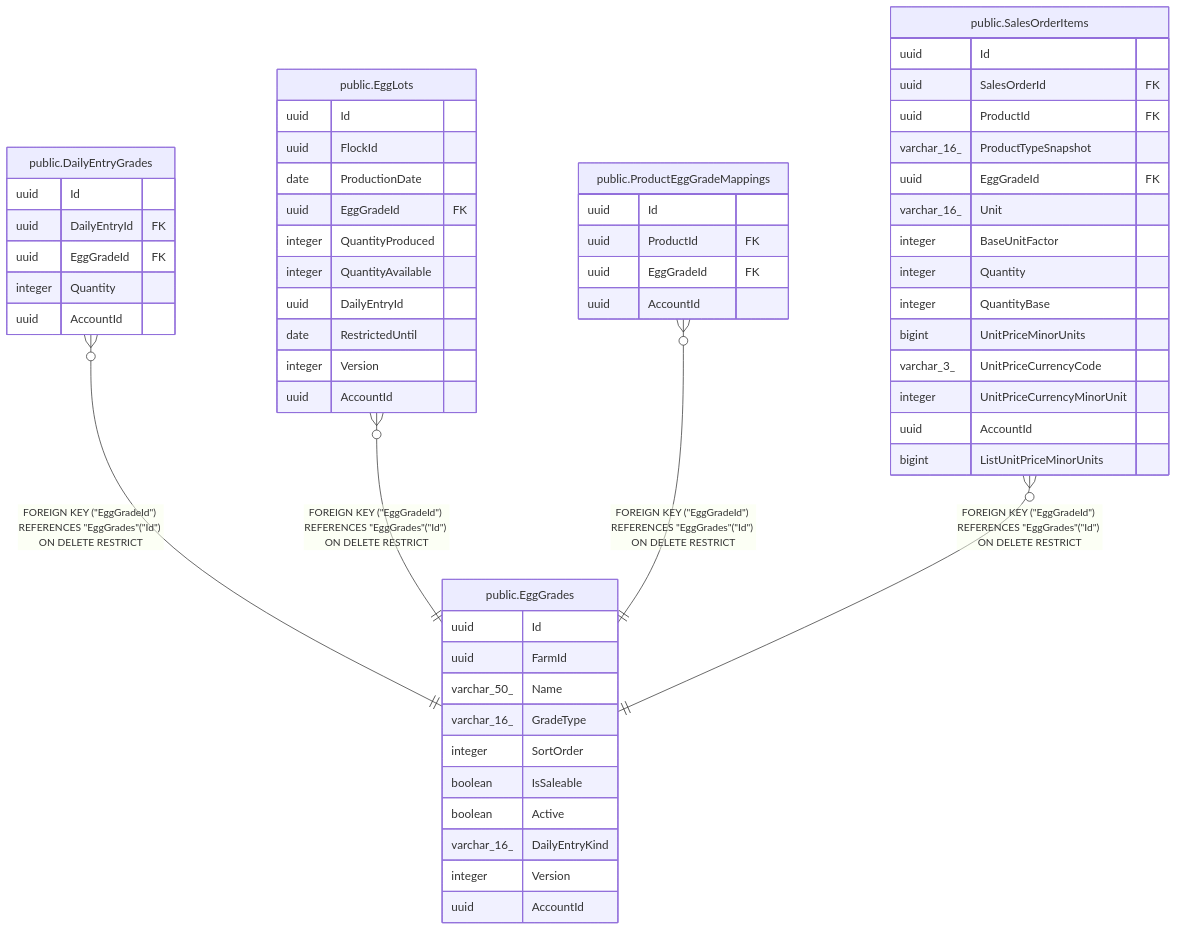
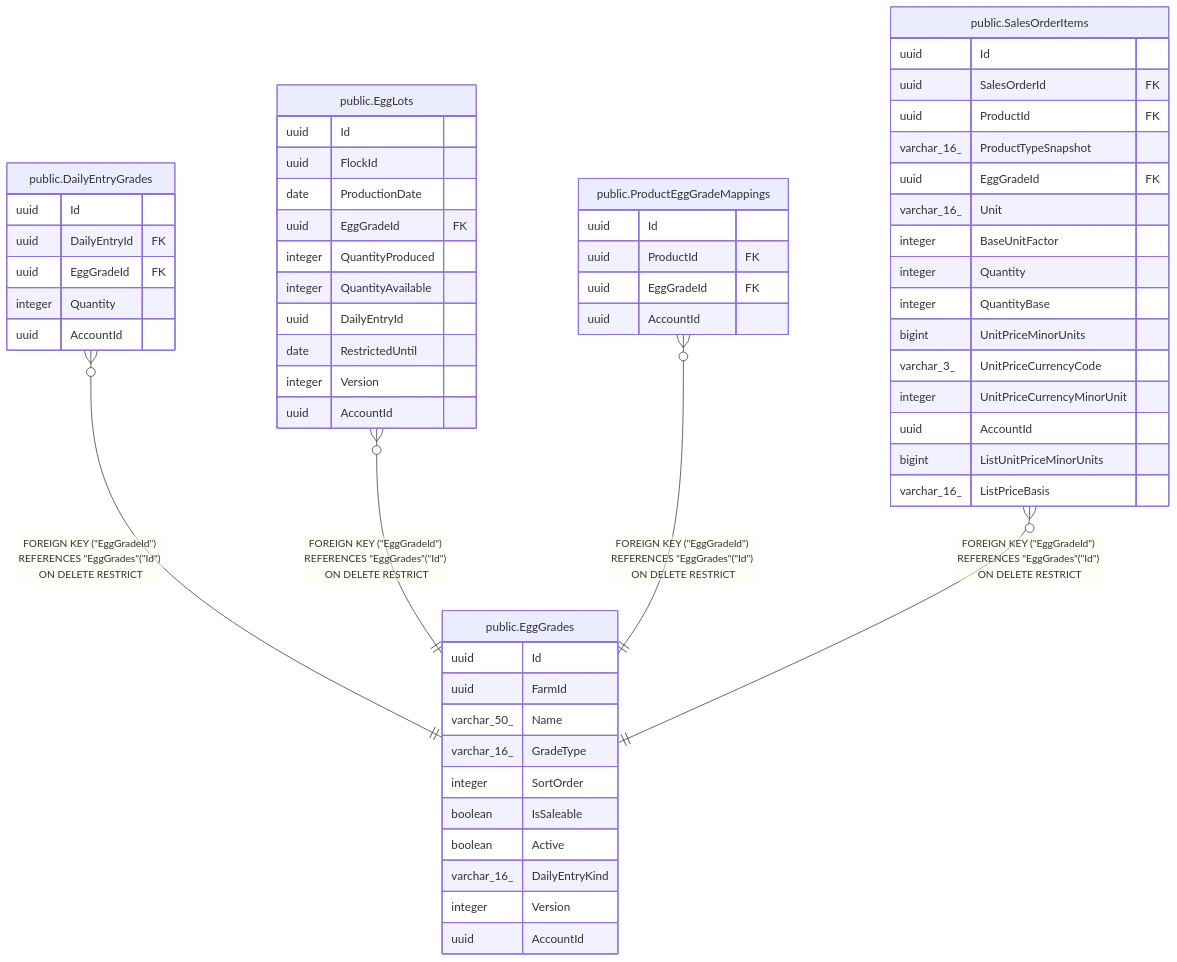
The diagram in docs/schema/public.EggGrades.md (mforce/cluckwork), drawn with Mermaid before and after one commit. The commit also changed 15 other files, not shown here.

Commit message:
feat(sales): record why a line's list price is null (ListPriceBasis)

````diff
--- a/docs/schema/public.EggGrades.md
+++ b/docs/schema/public.EggGrades.md
@@ -51,62 +51,63 @@
 ```mermaid
 erDiagram
 
 "public.DailyEntryGrades" }o--|| "public.EggGrades" : "FOREIGN KEY (#quot;EggGradeId#quot;) REFERENCES #quot;EggGrades#quot;(#quot;Id#quot;) ON DELETE RESTRICT"
 "public.EggLots" }o--|| "public.EggGrades" : "FOREIGN KEY (#quot;EggGradeId#quot;) REFERENCES #quot;EggGrades#quot;(#quot;Id#quot;) ON DELETE RESTRICT"
 "public.ProductEggGradeMappings" }o--|| "public.EggGrades" : "FOREIGN KEY (#quot;EggGradeId#quot;) REFERENCES #quot;EggGrades#quot;(#quot;Id#quot;) ON DELETE RESTRICT"
 "public.SalesOrderItems" }o--|| "public.EggGrades" : "FOREIGN KEY (#quot;EggGradeId#quot;) REFERENCES #quot;EggGrades#quot;(#quot;Id#quot;) ON DELETE RESTRICT"
 
 "public.EggGrades" {
   uuid Id
   uuid FarmId
   varchar_50_ Name
   varchar_16_ GradeType
   integer SortOrder
   boolean IsSaleable
   boolean Active
   varchar_16_ DailyEntryKind
   integer Version
   uuid AccountId
 }
 "public.DailyEntryGrades" {
   uuid Id
   uuid DailyEntryId FK
   uuid EggGradeId FK
   integer Quantity
   uuid AccountId
 }
 "public.EggLots" {
   uuid Id
   uuid FlockId
   date ProductionDate
   uuid EggGradeId FK
   integer QuantityProduced
   integer QuantityAvailable
   uuid DailyEntryId
   date RestrictedUntil
   integer Version
   uuid AccountId
 }
 "public.ProductEggGradeMappings" {
   uuid Id
   uuid ProductId FK
   uuid EggGradeId FK
   uuid AccountId
 }
 "public.SalesOrderItems" {
   uuid Id
   uuid SalesOrderId FK
   uuid ProductId FK
   varchar_16_ ProductTypeSnapshot
   uuid EggGradeId FK
   varchar_16_ Unit
   integer BaseUnitFactor
   integer Quantity
   integer QuantityBase
   bigint UnitPriceMinorUnits
   varchar_3_ UnitPriceCurrencyCode
   integer UnitPriceCurrencyMinorUnit
   uuid AccountId
   bigint ListUnitPriceMinorUnits
+  varchar_16_ ListPriceBasis
 }
 ```
````
